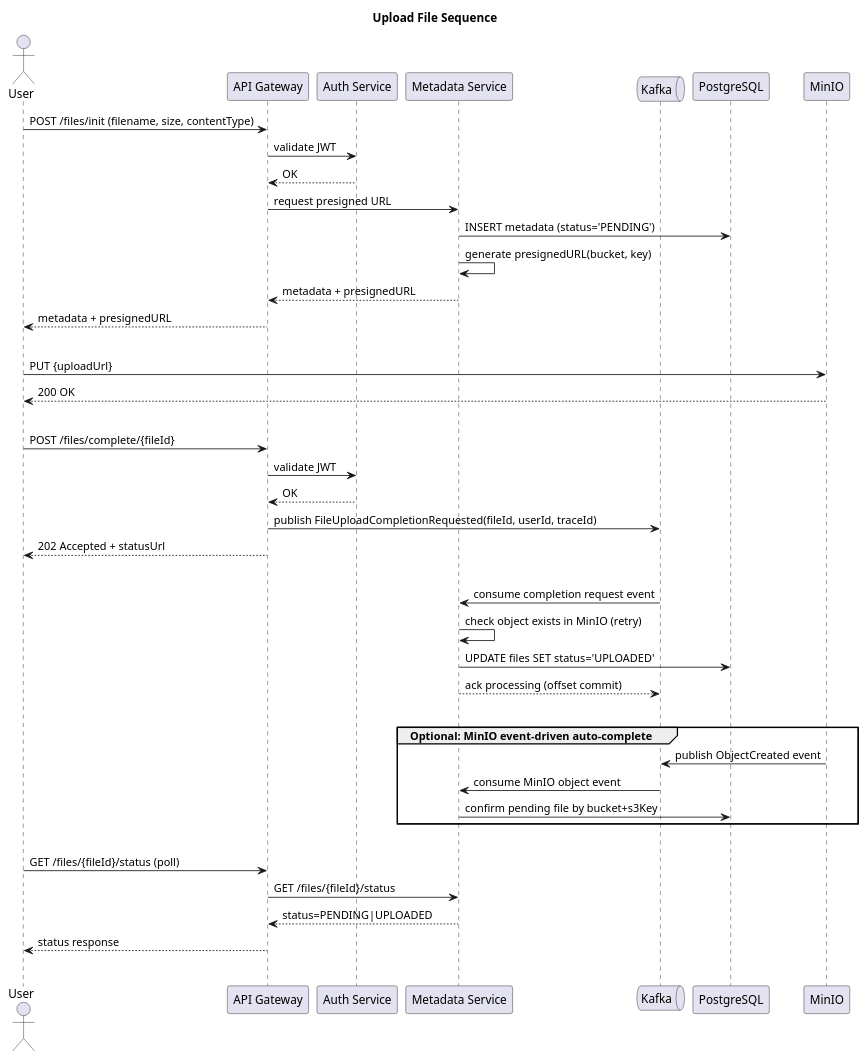
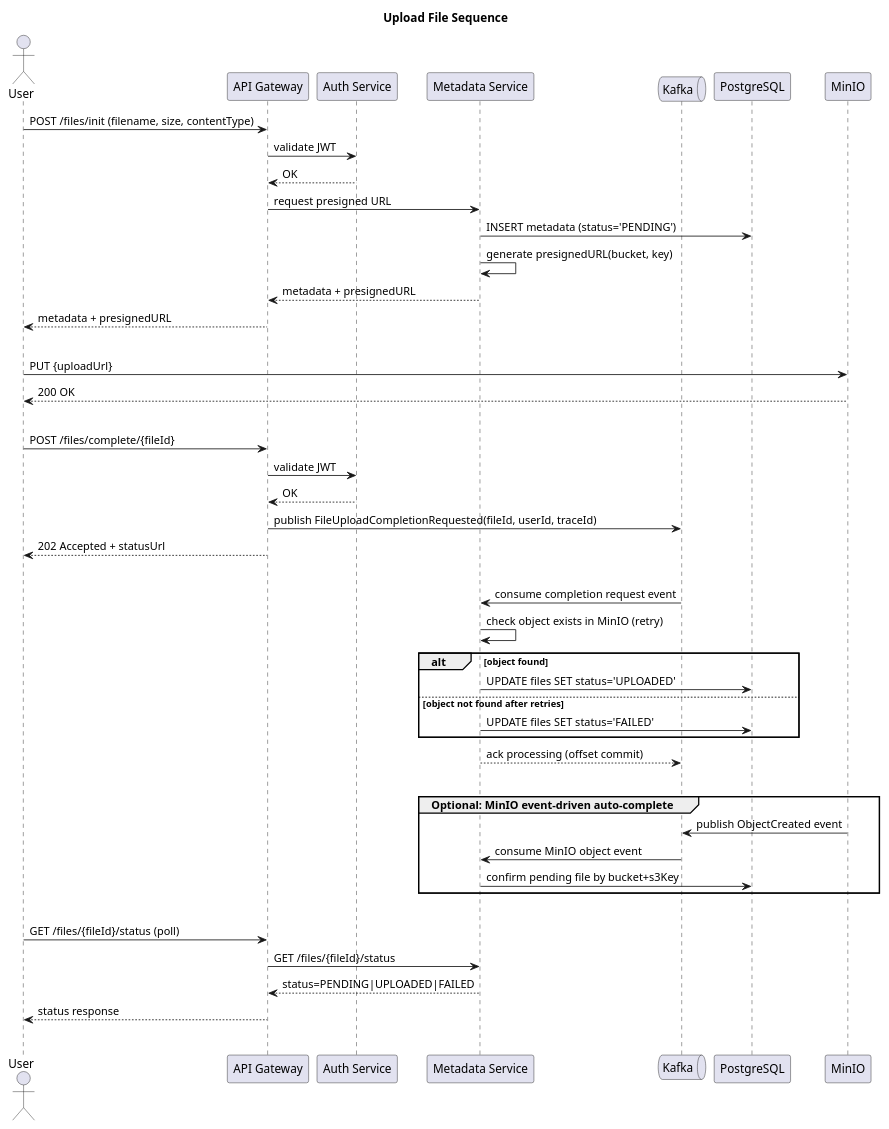
Before and after one commit to AndreiIauchuk/dropvox: the diagram in diagrams/upload_flow_seq.puml, drawn with PlantUML. The commit also changed 14 other files, not shown here.

Commit message:
add support for failed upload status; update flow and tests to handle new lifecycle states

```diff
--- a/diagrams/upload_flow_seq.puml
+++ b/diagrams/upload_flow_seq.puml
@@ -1,46 +1,50 @@
 @startuml upload_file_seq
 title Upload File Sequence
 
 actor "User" as user
 participant "API Gateway" as gate
 participant "Auth Service" as auth
 participant "Metadata Service" as metadata
 queue "Kafka" as kafka
 participant "PostgreSQL" as db
 participant "MinIO" as s3
 
 user -> gate: POST /files/init (filename, size, contentType)
 gate -> auth: validate JWT
 auth --> gate: OK
 gate -> metadata: request presigned URL
 metadata -> db: INSERT metadata (status='PENDING')
 metadata -> metadata: generate presignedURL(bucket, key)
 metadata --> gate: metadata + presignedURL
 gate --> user: metadata + presignedURL
 |||
 user -> s3: PUT {uploadUrl}
 s3 --> user: 200 OK
 |||
 user -> gate: POST /files/complete/{fileId}
 gate -> auth: validate JWT
 auth --> gate: OK
 gate -> kafka: publish FileUploadCompletionRequested(fileId, userId, traceId)
 gate --> user: 202 Accepted + statusUrl
 |||
 kafka -> metadata: consume completion request event
 metadata -> metadata: check object exists in MinIO (retry)
-metadata -> db: UPDATE files SET status='UPLOADED'
+alt object found
+  metadata -> db: UPDATE files SET status='UPLOADED'
+else object not found after retries
+  metadata -> db: UPDATE files SET status='FAILED'
+end
 metadata --> kafka: ack processing (offset commit)
 |||
 group Optional: MinIO event-driven auto-complete
   s3 -> kafka: publish ObjectCreated event
   kafka -> metadata: consume MinIO object event
   metadata -> db: confirm pending file by bucket+s3Key
 end
 |||
 user -> gate: GET /files/{fileId}/status (poll)
 gate -> metadata: GET /files/{fileId}/status
-metadata --> gate: status=PENDING|UPLOADED
+metadata --> gate: status=PENDING|UPLOADED|FAILED
 gate --> user: status response
 |||
 @enduml
```
